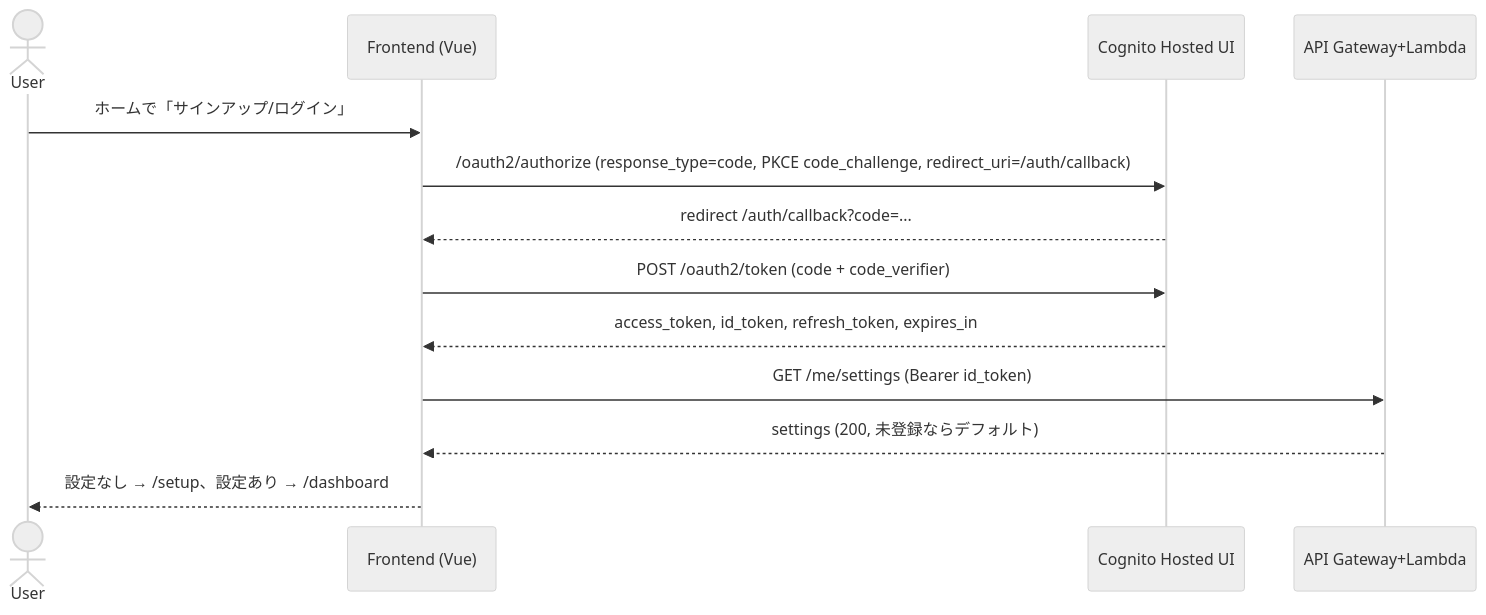
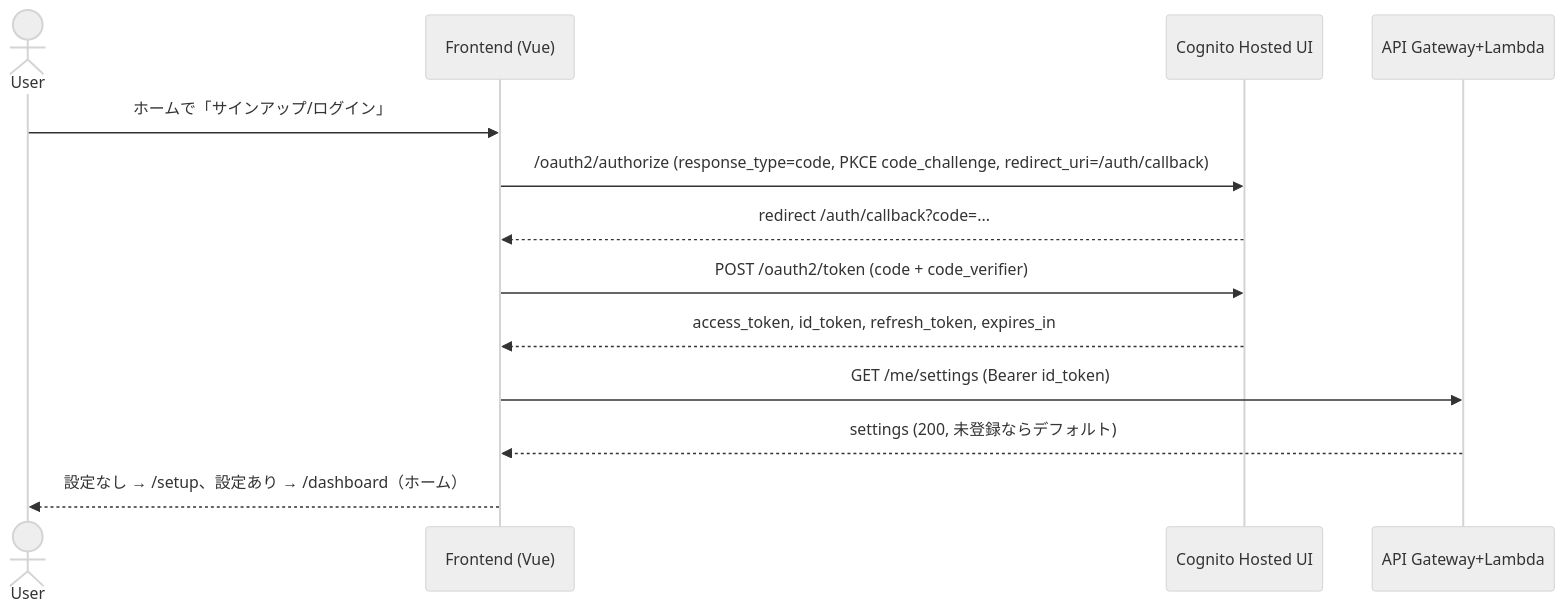
Before and after one commit to katsuki-ishii/memento: the diagram in docs/requirements/auth-flow.md, drawn with Mermaid (neutral theme). The commit also changed other lines of this file and 21 other files, not shown here.

````diff
--- a/docs/requirements/auth-flow.md
+++ b/docs/requirements/auth-flow.md
@@ -12,16 +12,16 @@
 ```mermaid
 sequenceDiagram
   actor U as User
   participant FE as Frontend (Vue)
   participant CG as Cognito Hosted UI
   participant API as API Gateway+Lambda
 
   U->>FE: ホームで「サインアップ/ログイン」
   FE->>CG: /oauth2/authorize (response_type=code, PKCE code_challenge, redirect_uri=/auth/callback)
   CG-->>FE: redirect /auth/callback?code=...
   FE->>CG: POST /oauth2/token (code + code_verifier)
   CG-->>FE: access_token, id_token, refresh_token, expires_in
   FE->>API: GET /me/settings (Bearer id_token)
   API-->>FE: settings (200, 未登録ならデフォルト)
-  FE-->>U: 設定なし → /setup、設定あり → /dashboard
+  FE-->>U: 設定なし → /setup、設定あり → /dashboard（ホーム）
 ```
````
